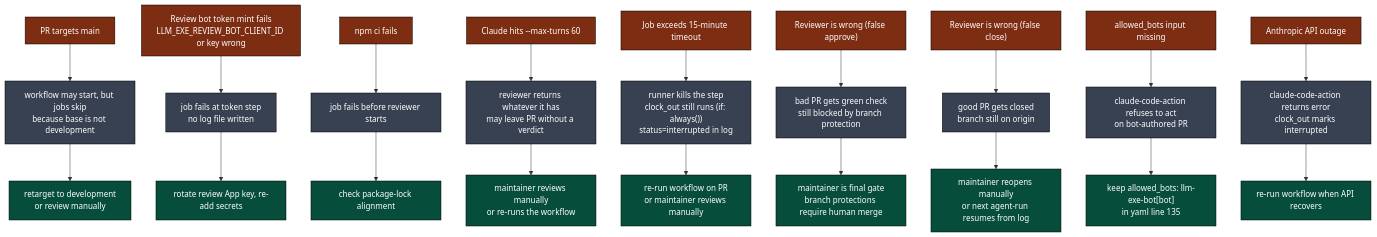
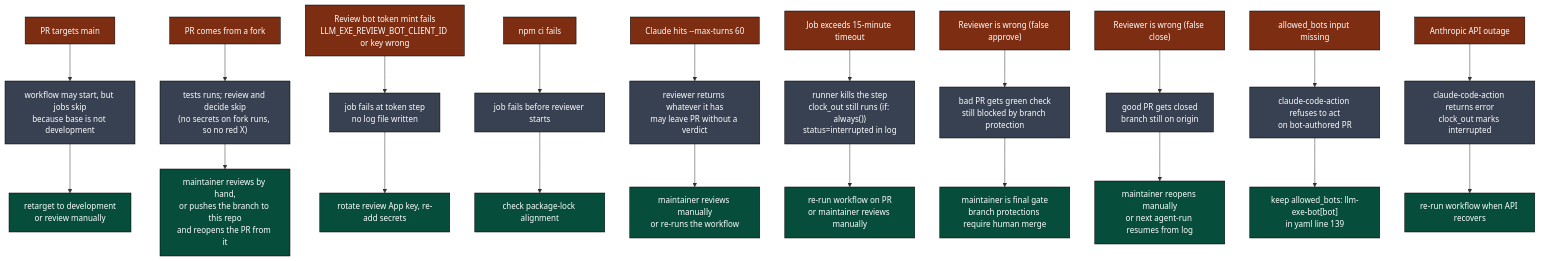
One commit to llm-exe/llm-exe changed diagram 11 of 12 in .github/docs/AGENT_REVIEW_PR_DEEP_DIVE.md. Above: the diagram before and after it, drawn with Mermaid. The commit also changed other lines of this file and 3 other files, not shown here.

First line of the commit message:
docs: sync review deep dive after agent-review-pr.yml fork guard

````diff
--- a/.github/docs/AGENT_REVIEW_PR_DEEP_DIVE.md
+++ b/.github/docs/AGENT_REVIEW_PR_DEEP_DIVE.md
@@ -537,50 +547,54 @@
 ```mermaid
 flowchart TB
     classDef fail fill:#7c2d12,color:#fff,stroke:#000
     classDef effect fill:#374151,color:#fff,stroke:#000
     classDef fix fill:#064e3b,color:#fff,stroke:#000
 
     F1["PR targets main"]:::fail
     F1 --> F1E["workflow may start, but jobs skip\nbecause base is not development"]:::effect
     F1E --> F1X["retarget to development\nor review manually"]:::fix
+
+    F1b["PR comes from a fork"]:::fail
+    F1b --> F1bE["tests runs; review and decide skip\n(no secrets on fork runs, so no red X)"]:::effect
+    F1bE --> F1bX["maintainer reviews by hand,\nor pushes the branch to this repo\nand reopens the PR from it"]:::fix
 
     F2["Review bot token mint fails\nLLM_EXE_REVIEW_BOT_CLIENT_ID or key wrong"]:::fail
     F2 --> F2E["job fails at token step\nno log file written"]:::effect
     F2X["rotate review App key, re-add secrets"]:::fix
     F2E --> F2X
 
     F3["npm ci fails"]:::fail
     F3 --> F3E["job fails before reviewer starts"]:::effect
     F3X["check package-lock alignment"]:::fix
     F3E --> F3X
 
     F4["Claude hits --max-turns 60"]:::fail
     F4 --> F4E["reviewer returns whatever it has\nmay leave PR without a verdict"]:::effect
     F4X["maintainer reviews manually\nor re-runs the workflow"]:::fix
     F4E --> F4X
 
     F5["Job exceeds 15-minute timeout"]:::fail
     F5 --> F5E["runner kills the step\nclock_out still runs (if: always())\nstatus=interrupted in log"]:::effect
     F5X["re-run workflow on PR\nor maintainer reviews manually"]:::fix
     F5E --> F5X
 
     F6["Reviewer is wrong (false approve)"]:::fail
     F6 --> F6E["bad PR gets green check\nstill blocked by branch protection"]:::effect
     F6X["maintainer is final gate\nbranch protections require human merge"]:::fix
     F6E --> F6X
 
     F7["Reviewer is wrong (false close)"]:::fail
     F7 --> F7E["good PR gets closed\nbranch still on origin"]:::effect
     F7X["maintainer reopens manually\nor next agent-run resumes from log"]:::fix
     F7E --> F7X
 
     F8["allowed_bots input missing"]:::fail
     F8 --> F8E["claude-code-action refuses to act\non bot-authored PR"]:::effect
-    F8X["keep allowed_bots: llm-exe-bot[bot]\nin yaml line 135"]:::fix
+    F8X["keep allowed_bots: llm-exe-bot[bot]\nin yaml line 139"]:::fix
     F8E --> F8X
 
     F9["Anthropic API outage"]:::fail
     F9 --> F9E["claude-code-action returns error\nclock_out marks interrupted"]:::effect
     F9X["re-run workflow when API recovers"]:::fix
     F9E --> F9X
 ```
````
